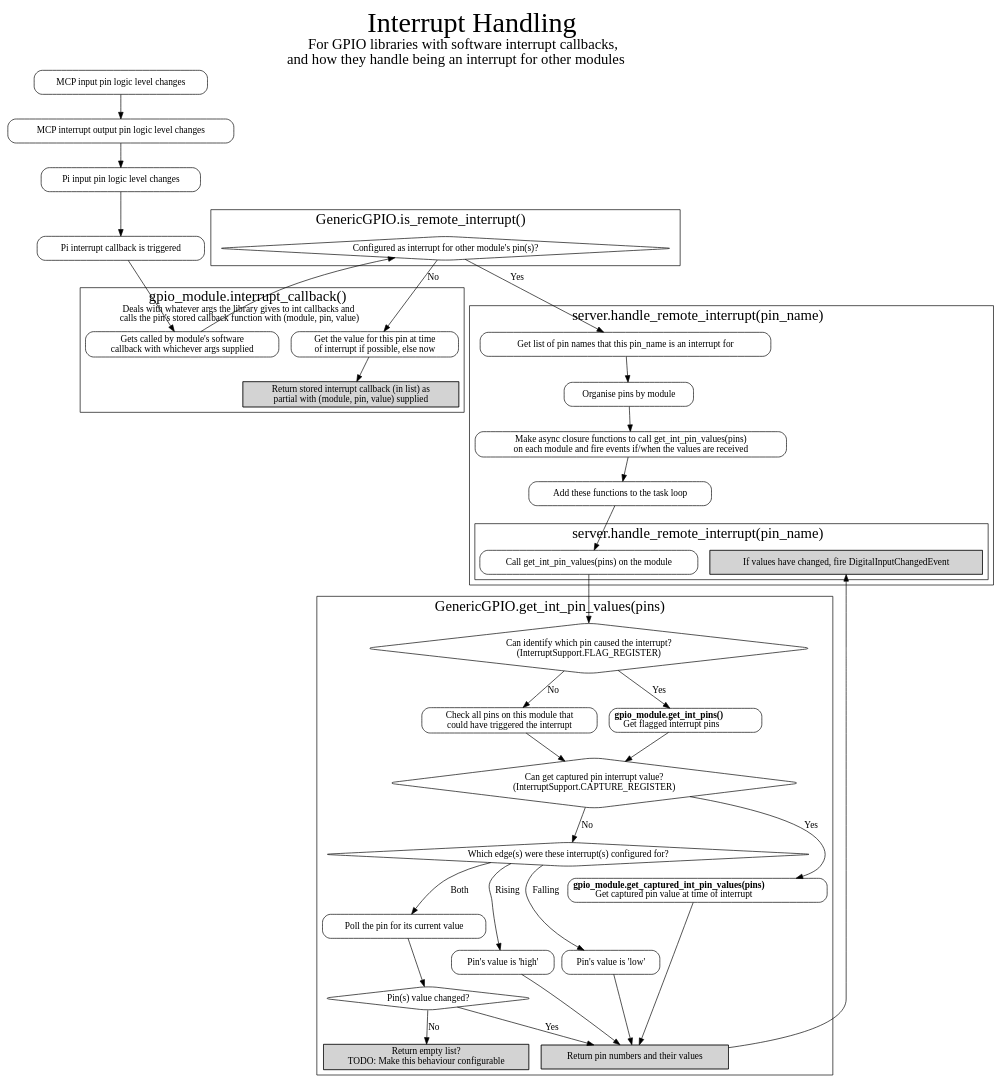
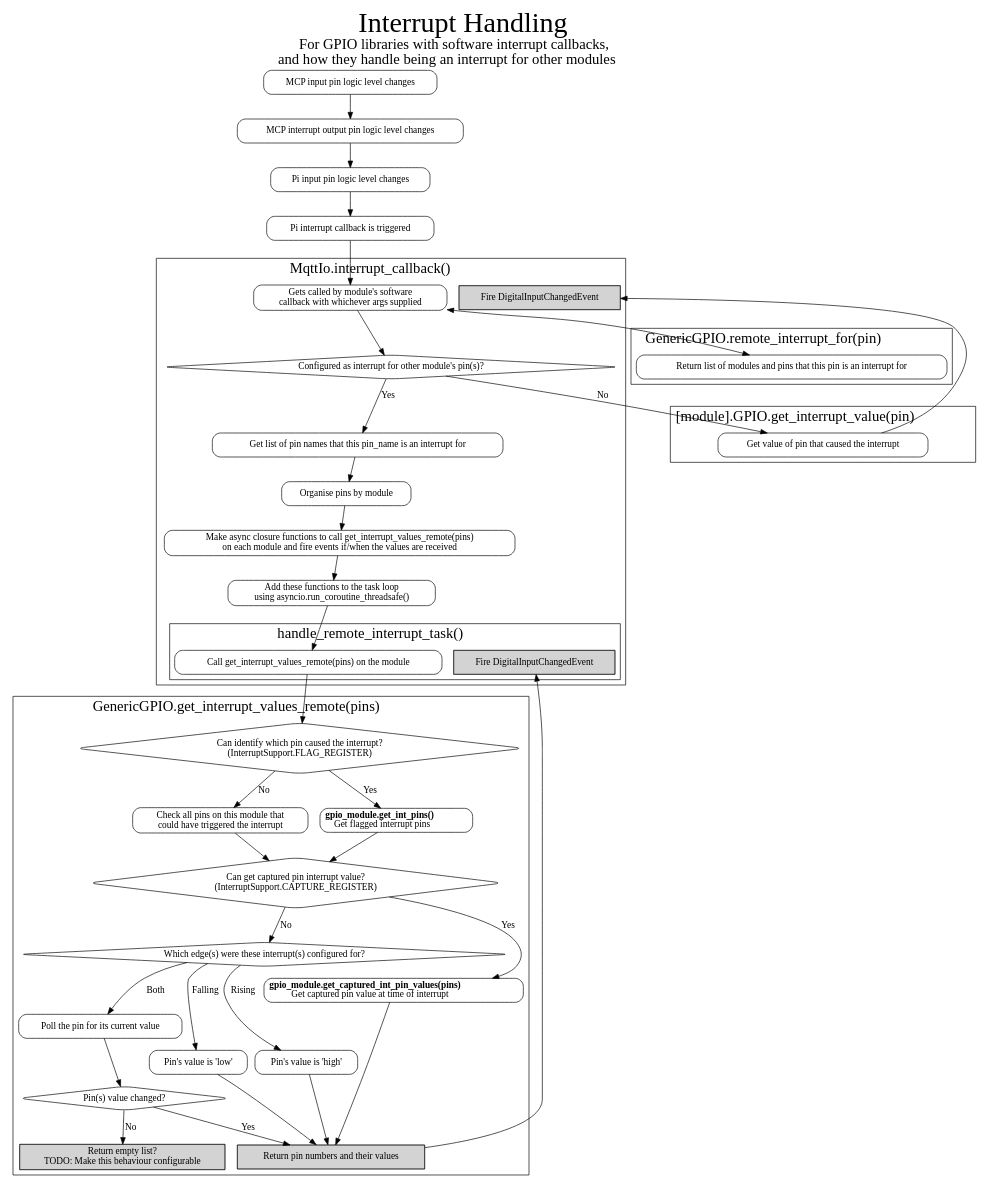
One commit to flyte/mqtt-io changed the diagram in interrupt_handling.dot. Above: the diagram before and after it, drawn with Graphviz. The commit also changed 6 other files, not shown here.

```diff
--- a/interrupt_handling.dot
+++ b/interrupt_handling.dot
@@ -1,121 +1,134 @@
 digraph {
     label = <
 <font point-size="42">Interrupt Handling</font><br />
 <font point-size="22">For GPIO libraries with software interrupt callbacks,<br />and how they handle being an interrupt for other modules</font>
 >;
     labelloc = "t";
 
     node[shape=box, style=rounded]
         mcp_gpio_input [label="MCP input pin logic level changes"];
         mcp_int_output [label="MCP interrupt output pin logic level changes"];
         pi_gpio_input [label="Pi input pin logic level changes"];
         pi_int_callback [label="Pi interrupt callback is triggered"];
 
-    subgraph cluster_is_remote_int {
-        label = <<font point-size="22">GenericGPIO.is_remote_interrupt()</font>>
+    # server.MqttIo
+    subgraph cluster_main_int_callback {
+        label = <<font point-size="22">MqttIo.interrupt_callback()</font>>
+
         node [shape=diamond]
             q_is_remote_int [label="Configured as interrupt for other module's pin(s)?"];
-    }
 
-    subgraph cluster_server_handle_remote_int {
-        label = <<font point-size="22">server.handle_remote_interrupt(pin_name)</font>>
         node [shape=box, style=rounded]
+            main_int_callback [label="Gets called by module's software\ncallback with whichever args supplied"];
+            fire_digital_input_changed_event_main [label="Fire DigitalInputChangedEvent", style="striped"];
             get_all_interrupt_for_pins [label="Get list of pin names that this pin_name is an interrupt for"]
             organise_into_modules [label="Organise pins by module"]
-            make_funcs_to_get_pin_vals_and_fire_event [label="Make async closure functions to call get_int_pin_values(pins)\non each module and fire events if/when the values are received"]
-            add_the_functions_to_task_loop [label="Add these functions to the task loop"];
+            make_funcs_to_get_pin_vals_and_fire_event [label="Make async closure functions to call get_interrupt_values_remote(pins)\non each module and fire events if/when the values are received"]
+            add_the_functions_to_task_loop [label="Add these functions to the task loop\nusing asyncio.run_coroutine_threadsafe()"];
+
         subgraph cluster_handle_remote_int_closure_func {
+            label = <<font point-size="22">handle_remote_interrupt_task()</font>>
             node [shape=box, style=rounded]
-                call_modules_to_get_int_values [label="Call get_int_pin_values(pins) on the module"];
-                fire_digital_input_changed_event [label="If values have changed, fire DigitalInputChangedEvent", style=striped];
+                call_modules_to_get_int_values [label="Call get_interrupt_values_remote(pins) on the module"];
+                fire_digital_input_changed_event_closure [label="Fire DigitalInputChangedEvent", style=striped];
         }
     }
+    # END server.MqttIO
 
-    subgraph cluster_module_int_callback {
-        label = <
-<font point-size="22">gpio_module.interrupt_callback()</font>
-<br />Deals with whatever args the library gives to int callbacks and
-<br />calls the pin's stored callback function with (module, pin, value)
->
+    # modules.gpio.GenericGPIO
+    subgraph cluster_remote_interrupt_for {
+        label = <<font point-size="22">GenericGPIO.remote_interrupt_for(pin)</font>>
+        
         node [shape=box, style=rounded]
-            module_int_callback [label="Gets called by module's software\ncallback with whichever args supplied"];
-            get_int_pin_value [label="Get the value for this pin at time\nof interrupt if possible, else now"];
-            call_stored_callback [label="Return stored interrupt callback (in list) as\npartial with (module, pin, value) supplied", style="striped"];
+            get_interrupt_for_config [label="Return list of modules and pins that this pin is an interrupt for"];
     }
 
     subgraph cluster_get_int_pin_values {
-        label = <<font point-size="22">GenericGPIO.get_int_pin_values(pins)</font>>;
+        label = <<font point-size="22">GenericGPIO.get_interrupt_values_remote(pins)</font>>;
 
         node[shape=diamond]
             q_can_identify_pin [label="Can identify which pin caused the interrupt?\n(InterruptSupport.FLAG_REGISTER)"];
             q_can_capture_pin_val [label="Can get captured pin interrupt value?\n(InterruptSupport.CAPTURE_REGISTER)"];
             q_which_edge [label="Which edge(s) were these interrupt(s) configured for?"];
             q_any_pins_changed [label="Pin(s) value changed?"]
 
         node[shape=box, style=rounded]
             check_all_possible_pins [label="Check all pins on this module that\ncould have triggered the interrupt"]
             poll_pin [label="Poll the pin for its current value"];
             get_flagged_pins [label=<
 <b>gpio_module.get_int_pins()</b><br />
 Get flagged interrupt pins
 >]
             capture_pin_value [label=<
 <b>gpio_module.get_captured_int_pin_values(pins)</b><br />
 Get captured pin value at time of interrupt
 >]
             pin_value_high [label="Pin's value is 'high'"]
             pin_value_low [label="Pin's value is 'low'"]
             return_pin_values [label="Return pin numbers and their values", style="striped"];
             do_nothing [label="Return empty list?\nTODO: Make this behaviour configurable", style="striped"]
 
     }
+    # END modules.gpio.GenericGPIO
+
+    # modules.gpio.<module>.GPIO
+    subgraph cluster_module_get_interrupt_value {
+        label = <<font point-size="22">[module].GPIO.get_interrupt_value(pin)</font>>
+
+        node [shape=box, style=rounded]
+            get_interrupt_value [label="Get value of pin that caused the interrupt"];
+    }
+    # END modules.gpio.<module>.GPIO
 
     mcp_gpio_input ->
     mcp_int_output ->
     pi_gpio_input ->
     pi_int_callback ->
-    module_int_callback ->
-    q_is_remote_int;
+    main_int_callback;
+
+    main_int_callback -> get_interrupt_for_config [dir="both"];
+
+    main_int_callback -> q_is_remote_int;
 
     q_is_remote_int -> get_all_interrupt_for_pins [label="Yes"];
     
     get_all_interrupt_for_pins ->
     organise_into_modules ->
     make_funcs_to_get_pin_vals_and_fire_event ->
     add_the_functions_to_task_loop ->
     call_modules_to_get_int_values ->
     q_can_identify_pin;
 
-    q_is_remote_int -> get_int_pin_value [label="No"];
-    get_int_pin_value -> call_stored_callback;
+    q_is_remote_int -> get_interrupt_value [label="No"];
+    get_interrupt_value -> fire_digital_input_changed_event_main;
 
     # GenericGPIO.get_int_pin_values()
     q_can_identify_pin -> get_flagged_pins [label="Yes"];
     q_can_identify_pin -> check_all_possible_pins [label="No"];
 
     get_flagged_pins -> q_can_capture_pin_val;
     check_all_possible_pins -> q_can_capture_pin_val;
 
     q_any_pins_changed -> return_pin_values [label="Yes"];
     q_any_pins_changed -> do_nothing [label="No"];
 
     q_can_capture_pin_val -> capture_pin_value [label="Yes"];
     q_can_capture_pin_val -> q_which_edge [label="No"];
 
     capture_pin_value -> return_pin_values;
 
     q_which_edge -> pin_value_high [label="Rising"];
     q_which_edge -> pin_value_low [label="Falling"];
     q_which_edge -> poll_pin [label="Both"];
     poll_pin -> q_any_pins_changed;
 
     pin_value_high -> return_pin_values;
     pin_value_low -> return_pin_values;
     # END GenericGPIO.get_int_pin_values()
 
-    return_pin_values -> fire_digital_input_changed_event;
+    return_pin_values -> fire_digital_input_changed_event_closure;
 
     # Do we want to call the callback, even though this could be the wrong value?
     # The alternative is to only call the callback if it's changed.
     # Perhaps this should be a config option?
 }
```
